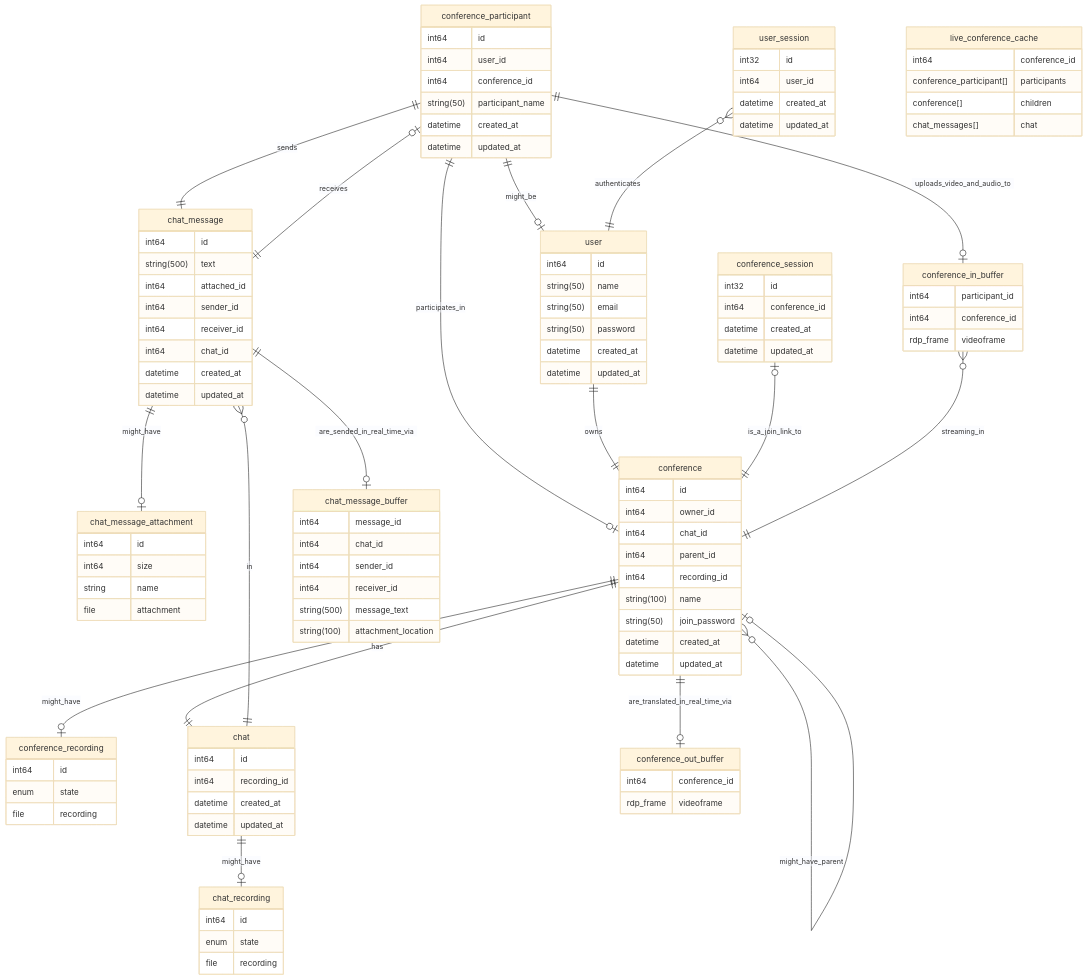
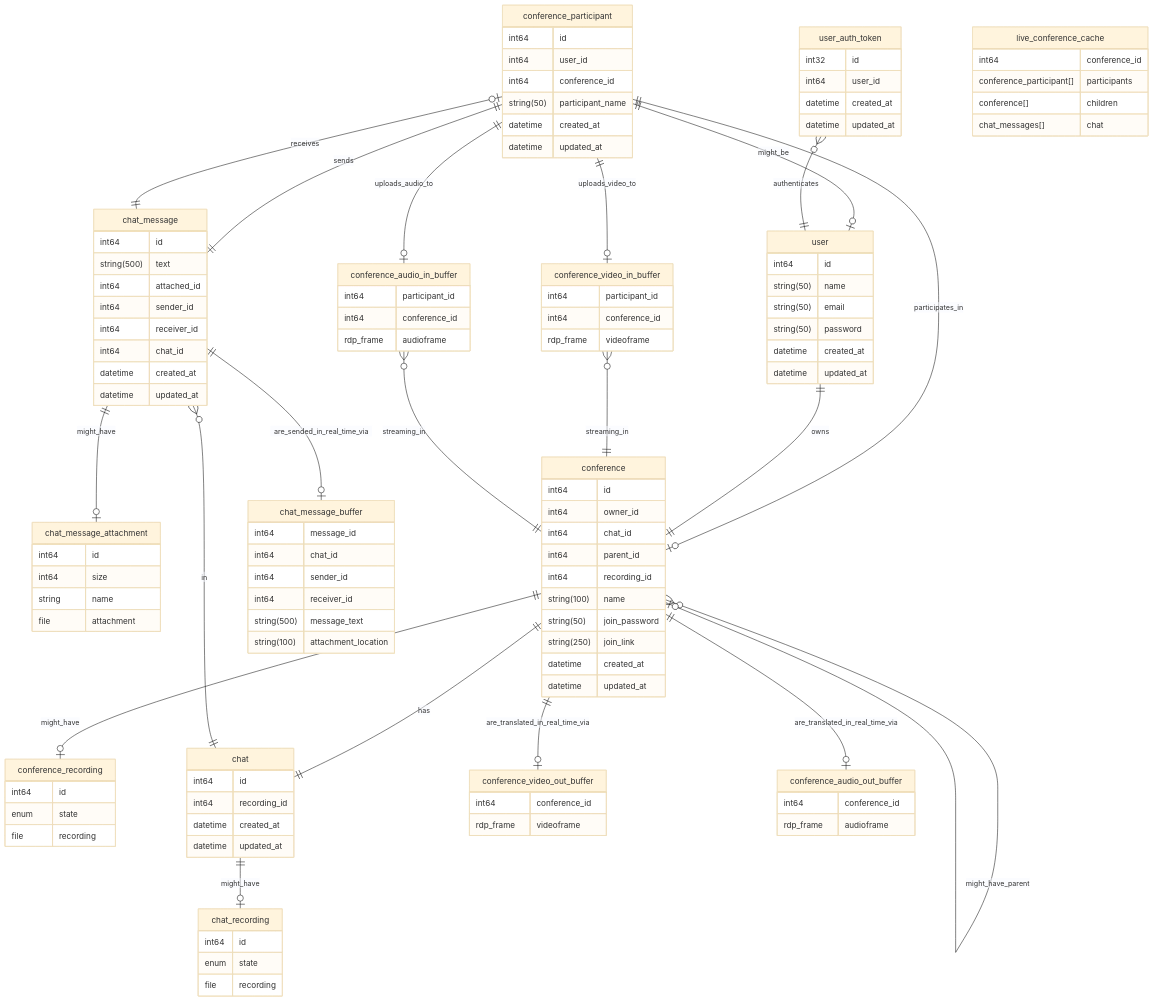
Before and after one commit to Regikon/highload-2025: the diagram in README.md, drawn with Mermaid (base theme). The commit also changed other lines of this file, not shown here.

````diff
--- a/README.md
+++ b/README.md
@@ -554,13 +561,6 @@
     datetime updated_at
   }
 
-  conference_session {
-    int32 id
-    int64 conference_id
-    datetime created_at
-    datetime updated_at
-  }
-
   conference {
     int64 id
     int64 owner_id
@@ -569,6 +569,7 @@
     int64 recording_id
     string(100) name
     string(50) join_password
+    string(250) join_link
     datetime created_at
     datetime updated_at
   }
@@ -582,7 +583,7 @@
     datetime updated_at
   }
 
-  user_session {
+  user_auth_token {
     int32 id
     int64 user_id
     datetime created_at
@@ -607,12 +608,23 @@
     string(100) attachment_location
   }
 
-  conference_out_buffer {
+  conference_video_out_buffer {
     int64 conference_id
     rdp_frame videoframe
   }
 
-  conference_in_buffer {
+  conference_audio_out_buffer {
+    int64 conference_id
+    rdp_frame audioframe
+  }
+
+  conference_audio_in_buffer {
+    int64 participant_id
+    int64 conference_id
+    rdp_frame audioframe
+  }
+
+  conference_video_in_buffer {
     int64 participant_id
     int64 conference_id
     rdp_frame videoframe
@@ -633,7 +645,7 @@
   conference ||--|| chat : has
   user ||--|| conference : owns
 
-  user_session }o--|| user : authenticates
+  user_auth_token }o--|| user : authenticates
 
   conference }o--o| conference : might_have_parent
 
@@ -644,12 +656,13 @@
 
   chat ||--o| chat_recording : might_have
 
-  conference_session |o--|| conference : is_a_join_link_to
-
   chat_message ||--o| chat_message_buffer : are_sended_in_real_time_via
 
-  conference ||--o| conference_out_buffer : are_translated_in_real_time_via
-  conference_in_buffer }o--|| conference : streaming_in 
-  conference_participant ||--o| conference_in_buffer : uploads_video_and_audio_to
+  conference ||--o| conference_video_out_buffer : are_translated_in_real_time_via
+  conference ||--o| conference_audio_out_buffer : are_translated_in_real_time_via
+  conference_video_in_buffer }o--|| conference : streaming_in 
+  conference_audio_in_buffer }o--|| conference : streaming_in 
+  conference_participant ||--o| conference_audio_in_buffer : uploads_audio_to
+  conference_participant ||--o| conference_video_in_buffer : uploads_video_to
 
 ```
````
